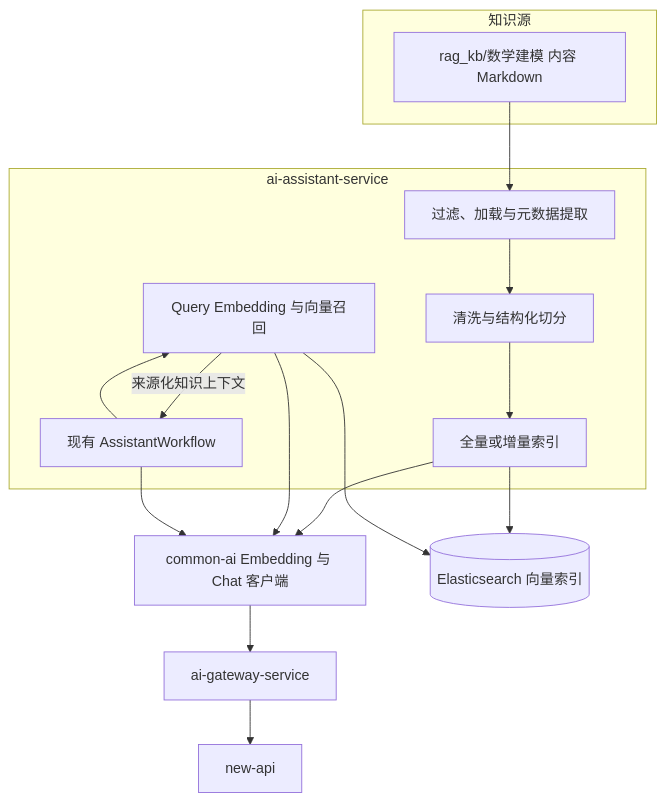
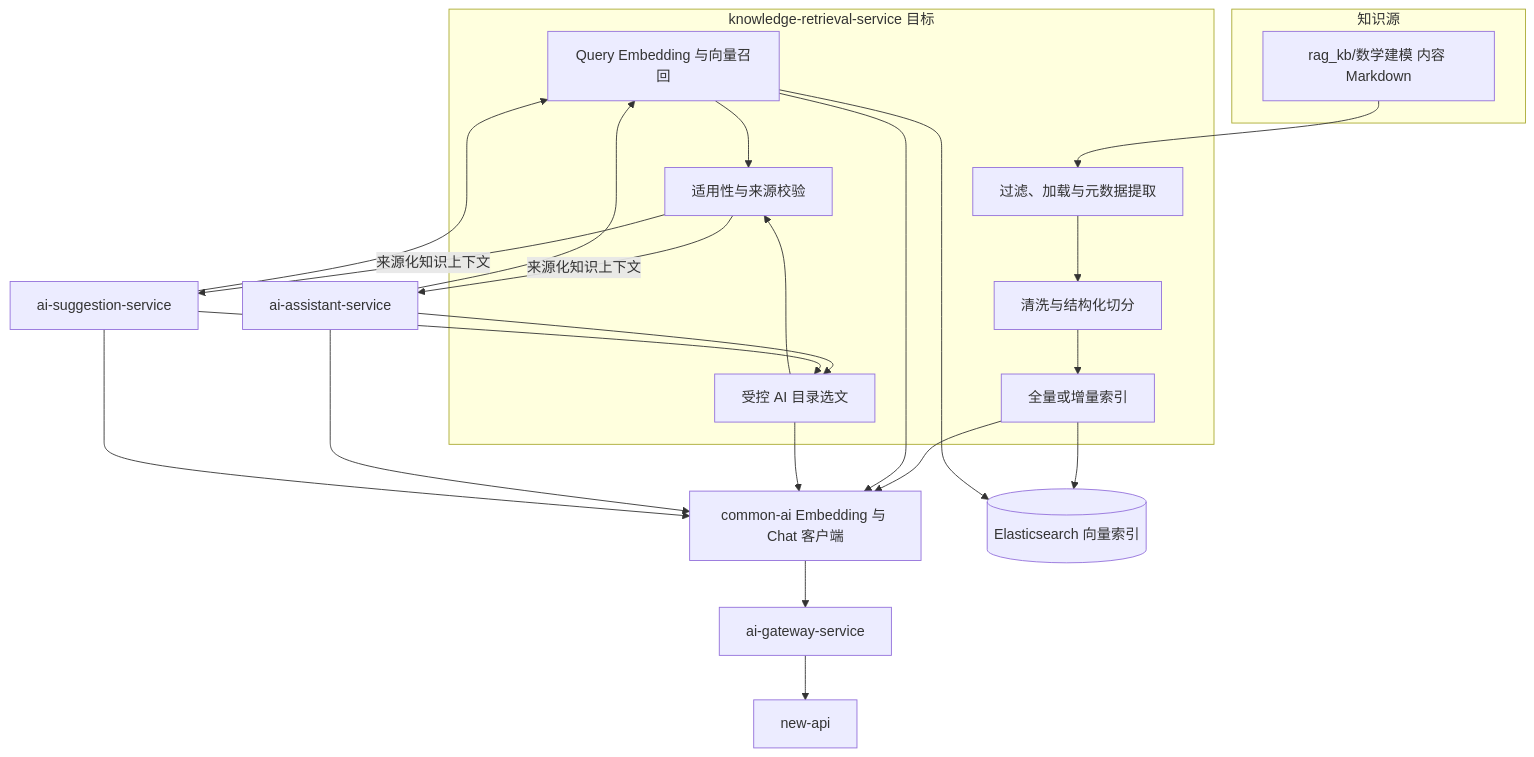
Before and after one commit to Dorian7Alden/LeetModel: the first of 2 diagrams in docs/project/02-架构设计/RAG知识库.md, drawn with Mermaid. The commit also changed other lines of this file and 39 other files, not shown here.

````diff
--- a/docs/project/02-架构设计/RAG知识库.md
+++ b/docs/project/02-架构设计/RAG知识库.md
@@ -31,28 +32,40 @@
 ```mermaid
 flowchart TB
     subgraph source[知识源]
         content[rag_kb/数学建模 内容 Markdown]
     end
 
-    subgraph assistant[ai-assistant-service]
+    subgraph retrieval[knowledge-retrieval-service 目标]
         loader[过滤、加载与元数据提取]
         cleaner[清洗与结构化切分]
         indexer[全量或增量索引]
         retriever[Query Embedding 与向量召回]
-        workflow[现有 AssistantWorkflow]
+        navigation[受控 AI 目录选文]
+        validate[适用性与来源校验]
     end
+
+    assistant[ai-assistant-service]
+    suggestion[ai-suggestion-service]
 
     commonAi[common-ai Embedding 与 Chat 客户端]
     aiGateway[ai-gateway-service]
     newApi[new-api]
     es[(Elasticsearch 向量索引)]
 
     content --> loader --> cleaner --> indexer
     indexer --> commonAi --> aiGateway --> newApi
     indexer --> es
-    workflow --> retriever
+    assistant --> retriever
+    suggestion --> retriever
+    assistant --> navigation
+    suggestion --> navigation
     retriever --> commonAi
     retriever --> es
-    retriever -->|来源化知识上下文| workflow
-    workflow --> commonAi
+    navigation --> commonAi
+    retriever --> validate
+    navigation --> validate
+    validate -->|来源化知识上下文| assistant
+    validate -->|来源化知识上下文| suggestion
+    assistant --> commonAi
+    suggestion --> commonAi
 ```
````
